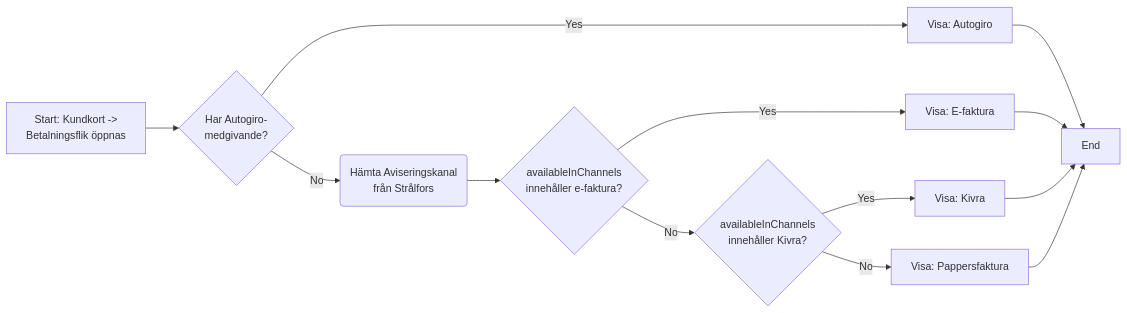
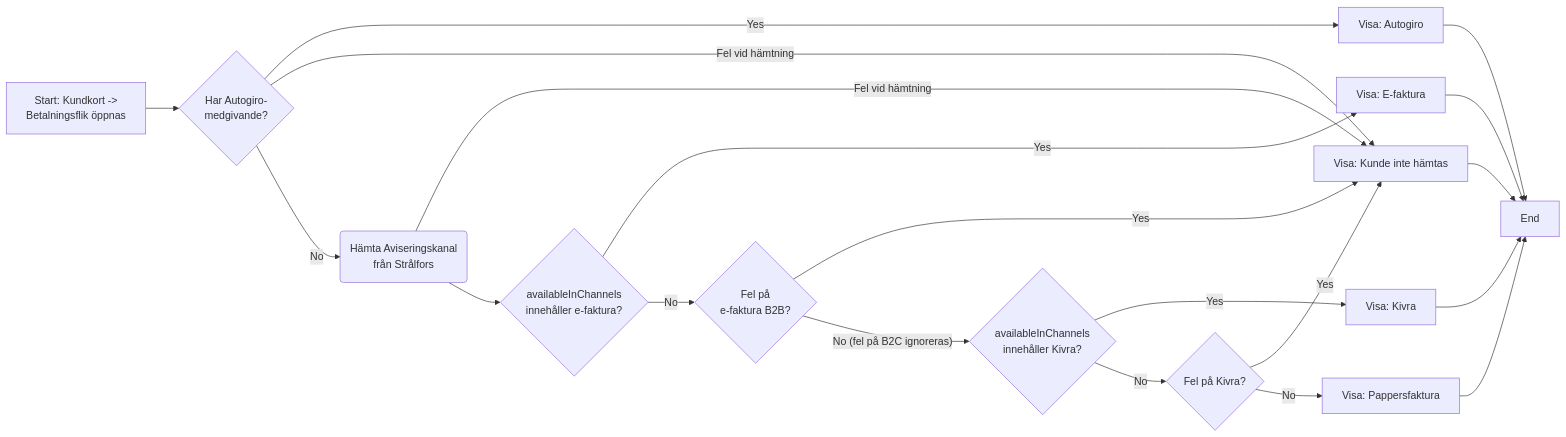
The first of 2 diagrams in core/src/processes/invoicedistribution/DOCS_Invoice_Channel_Lookup.md (Bostads-AB-Mimer/onecore), drawn with Mermaid before and after one commit. The commit also changed other lines of this file and 5 other files, not shown here.

````diff
--- a/core/src/processes/invoicedistribution/DOCS_Invoice_Channel_Lookup.md
+++ b/core/src/processes/invoicedistribution/DOCS_Invoice_Channel_Lookup.md
@@ -13,16 +13,23 @@
 ```mermaid
 flowchart LR
 A[Start: Kundkort ->
 Betalningsflik öppnas] --> B{Har Autogiro-<br/>medgivande?}
 B --> |Yes| C[Visa: Autogiro]
+B --> |Fel vid hämtning| X[Visa: Kunde inte hämtas]
 B --> |No| D(Hämta Aviseringskanal<br/>från Strålfors)
+D --> |Fel vid hämtning| X
 D --> E{availableInChannels<br/>innehåller e-faktura?}
 E --> |Yes| F[Visa: E-faktura]
-E --> |No| H{availableInChannels<br/>innehåller Kivra?}
+E --> |No| EB{Fel på<br/>e-faktura B2B?}
+EB --> |Yes| X
+EB --> |"No (fel på B2C ignoreras)"| H{availableInChannels<br/>innehåller Kivra?}
 H --> |Yes| I[Visa: Kivra]
-H --> |No| G[Visa: Pappersfaktura]
+H --> |No| K{Fel på Kivra?}
+K --> |Yes| X
+K --> |No| G[Visa: Pappersfaktura]
 C --> O[End]
 F --> O
 I --> O
 G --> O
+X --> O
 ```
````
